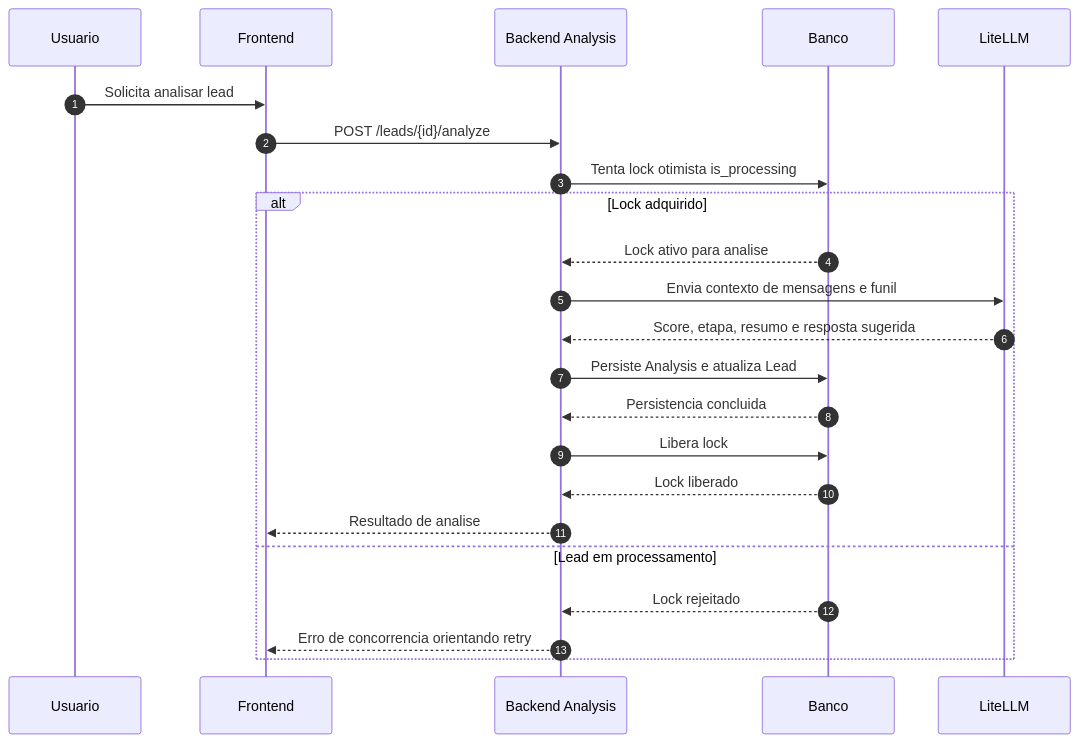
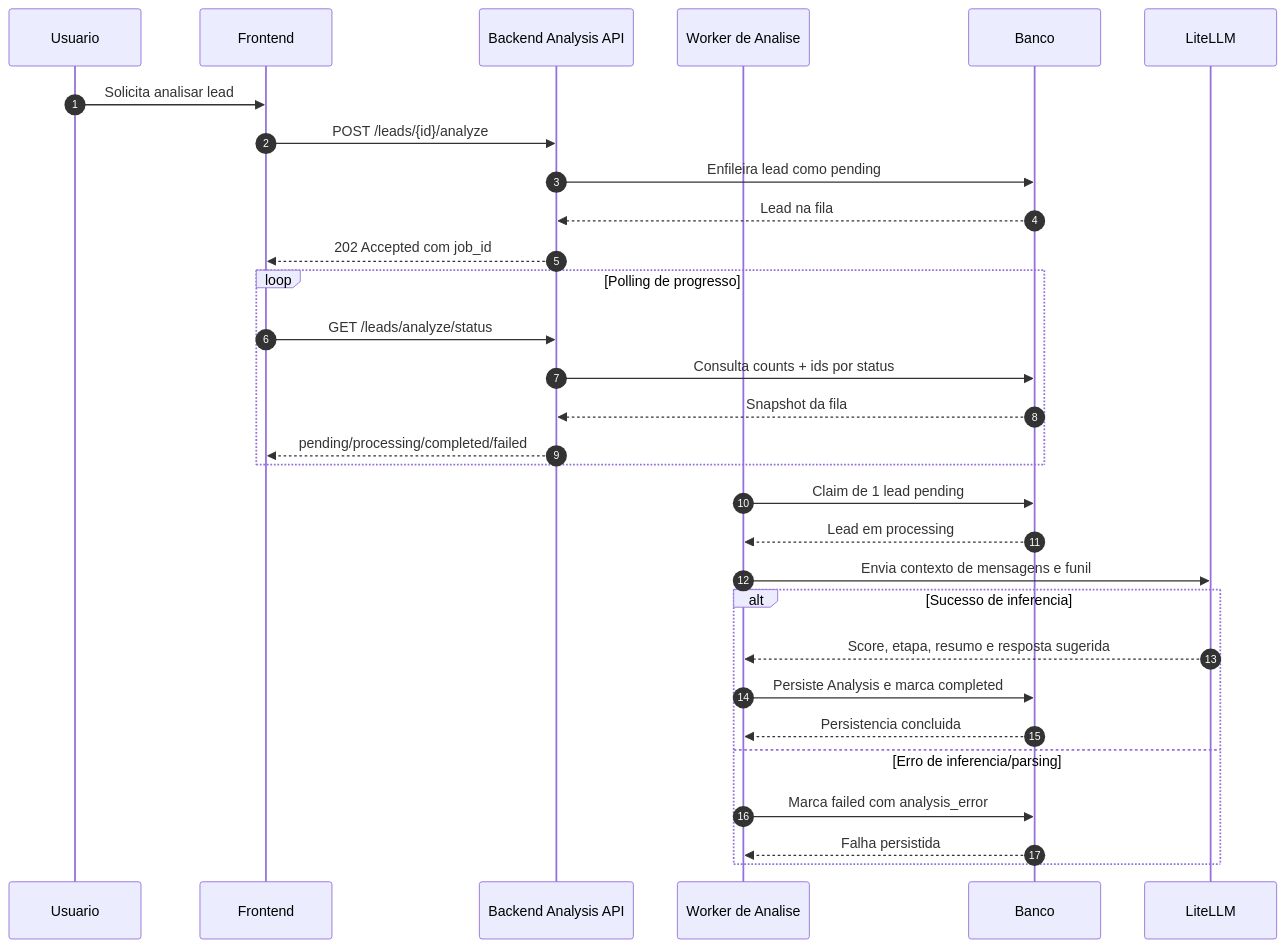
Before and after one commit to willrockoliv/gestor-de-leads-do-whatsapp: the sixth of 8 diagrams in .github/CUSTOMER_JOURNEY_SEQUENCE_DIAGRAMS.md, drawn with Mermaid. The commit also changed other lines of this file and 3 other files, not shown here.

Commit message:
docs(llm): document async analysis flow and execution progress

````diff
--- a/.github/CUSTOMER_JOURNEY_SEQUENCE_DIAGRAMS.md
+++ b/.github/CUSTOMER_JOURNEY_SEQUENCE_DIAGRAMS.md
@@ -175,27 +192,35 @@
 ```mermaid
 sequenceDiagram
     autonumber
     participant U as Usuario
     participant FE as Frontend
-    participant BE as Backend Analysis
+    participant BE as Backend Analysis API
+    participant W as Worker de Analise
     participant DB as Banco
     participant LLM as LiteLLM
 
     U->>FE: Solicita analisar lead
     FE->>BE: POST /leads/{id}/analyze
-    BE->>DB: Tenta lock otimista is_processing
+    BE->>DB: Enfileira lead como pending
+    DB-->>BE: Lead na fila
+    BE-->>FE: 202 Accepted com job_id
 
-    alt Lock adquirido
-        DB-->>BE: Lock ativo para analise
-        BE->>LLM: Envia contexto de mensagens e funil
-        LLM-->>BE: Score, etapa, resumo e resposta sugerida
-        BE->>DB: Persiste Analysis e atualiza Lead
-        DB-->>BE: Persistencia concluida
-        BE->>DB: Libera lock
-        DB-->>BE: Lock liberado
-        BE-->>FE: Resultado de analise
-    else Lead em processamento
-        DB-->>BE: Lock rejeitado
-        BE-->>FE: Erro de concorrencia orientando retry
+    loop Polling de progresso
+        FE->>BE: GET /leads/analyze/status
+        BE->>DB: Consulta counts + ids por status
+        DB-->>BE: Snapshot da fila
+        BE-->>FE: pending/processing/completed/failed
+    end
+
+    W->>DB: Claim de 1 lead pending
+    DB-->>W: Lead em processing
+    W->>LLM: Envia contexto de mensagens e funil
+    alt Sucesso de inferencia
+        LLM-->>W: Score, etapa, resumo e resposta sugerida
+        W->>DB: Persiste Analysis e marca completed
+        DB-->>W: Persistencia concluida
+    else Erro de inferencia/parsing
+        W->>DB: Marca failed com analysis_error
+        DB-->>W: Falha persistida
     end
 ```
````
